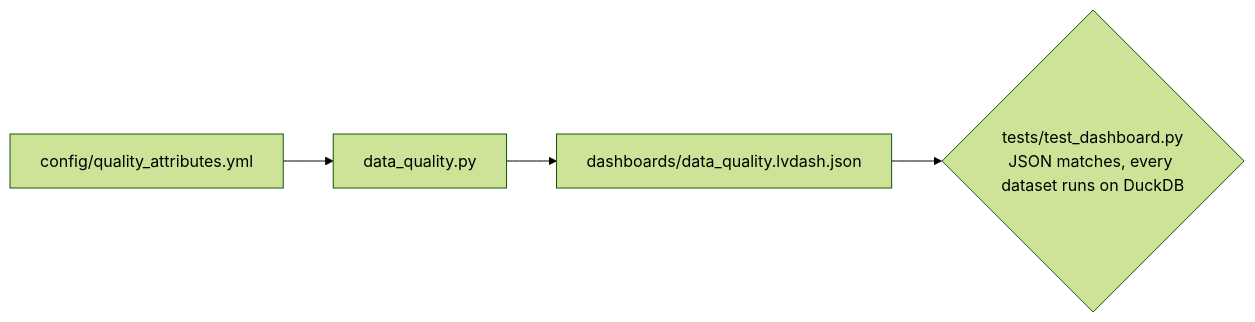
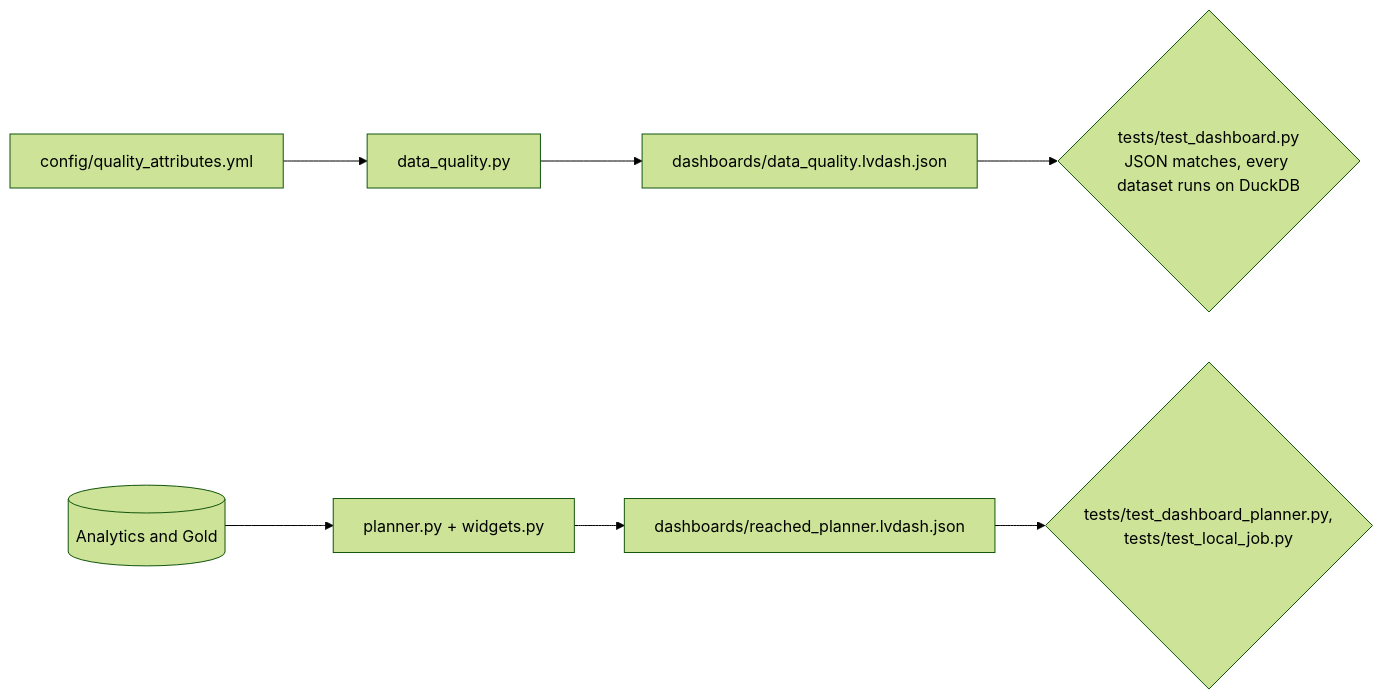
The diagram in src/dashboard/README.md (hyenalouise/edu-access-sandbox), drawn with Mermaid (forest theme) before and after one commit. The commit also changed other lines of this file and 4 other files, not shown here.

First line of the commit message:
Document the planner dashboard beside the data-quality dashboard

````diff
--- a/src/dashboard/README.md
+++ b/src/dashboard/README.md
@@ -13,5 +16,7 @@
 ```mermaid
 flowchart LR
     config[config/quality_attributes.yml] --> gen[data_quality.py] --> json[dashboards/data_quality.lvdash.json]
     json --> test{tests/test_dashboard.py<br/>JSON matches, every dataset runs on DuckDB}
+    tables[(Analytics and Gold)] --> planner[planner.py + widgets.py] --> pjson[dashboards/reached_planner.lvdash.json]
+    pjson --> ptest{tests/test_dashboard_planner.py,<br/>tests/test_local_job.py}
 ```
````
